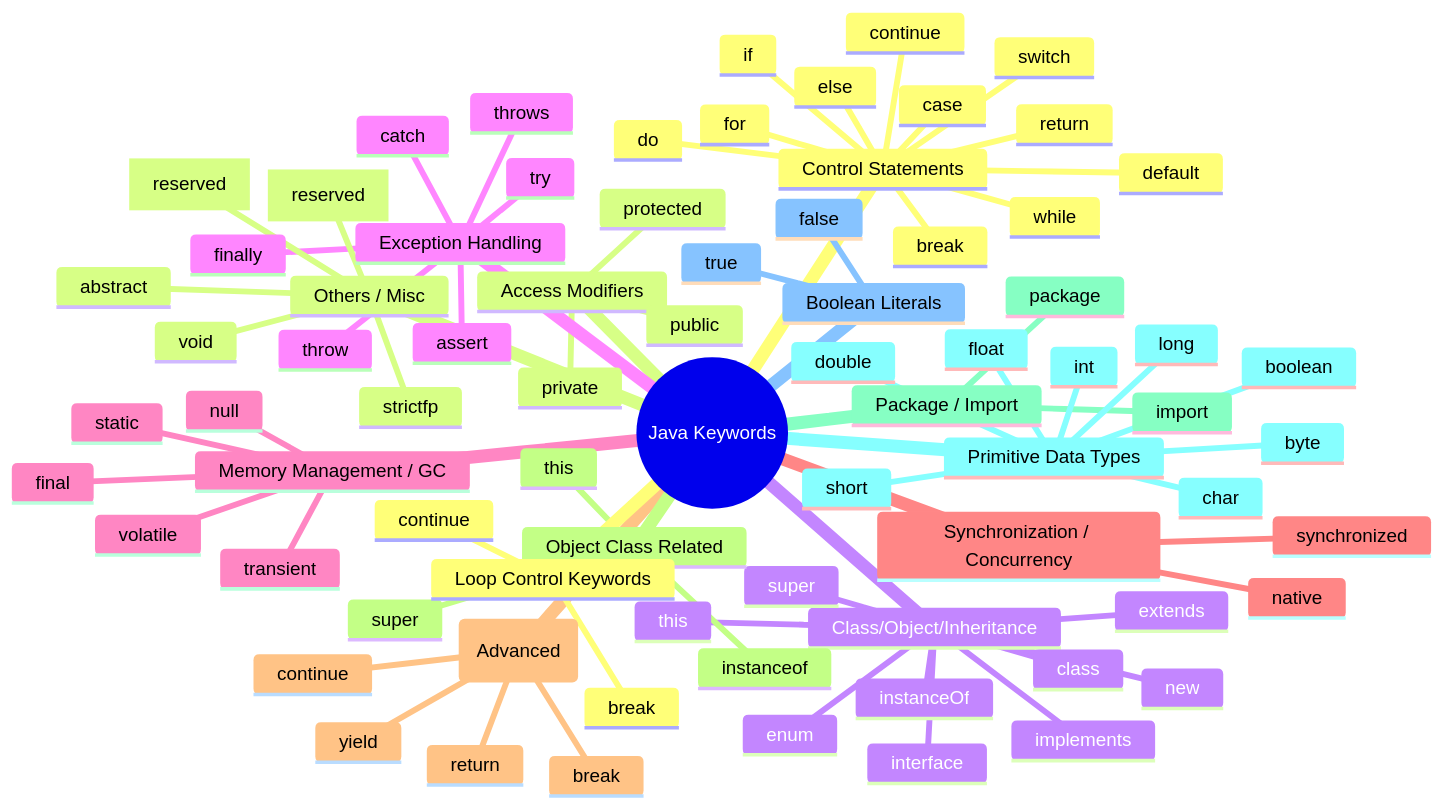
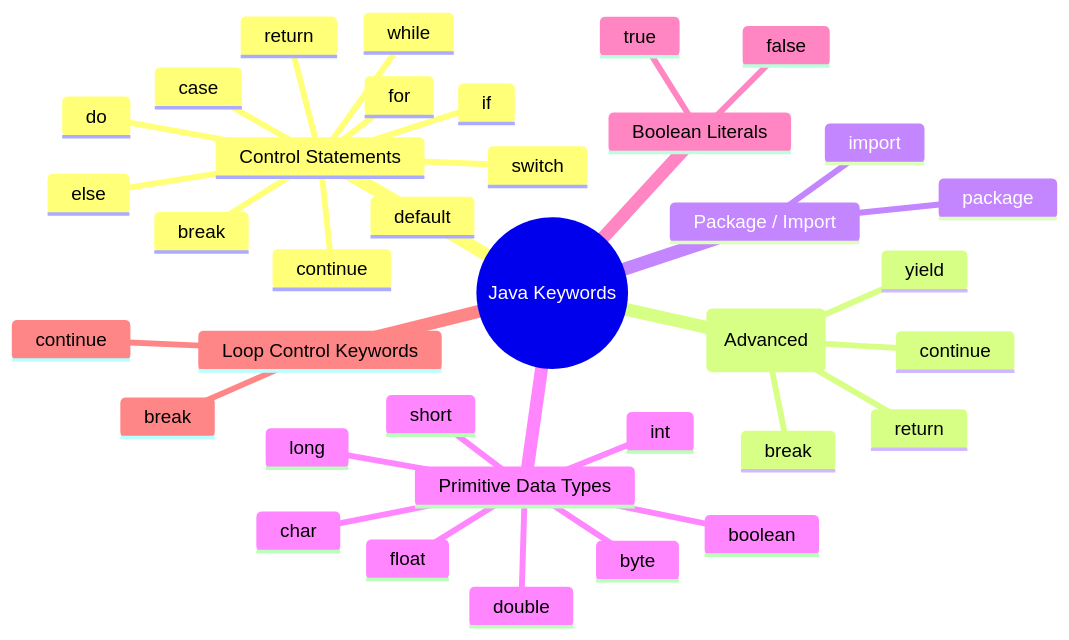
One commit to chanduujjina/JSE_Practice_2025_B1 changed the diagram in Mindmap.md. Above: the diagram before and after it, drawn with Mermaid.

````diff
--- a/Mindmap.md
+++ b/Mindmap.md
@@ -15,40 +15,7 @@
       continue
       return
 
-    Access Modifiers
-      public
-      private
-      protected
-
-    Class/Object/Inheritance
-      class
-      interface
-      enum
-      extends
-      implements
-      new
-      this
-      super
-      instanceOf
-
-    Exception Handling
-      try
-      catch
-      finally
-      throw
-      throws
-      assert
-
-    Memory Management / GC
-      null
-      final
-      static
-      transient
-      volatile
-
-    Synchronization / Concurrency
-      synchronized
-      native
+   
 
     Flow Control (Advanced)
       return
@@ -56,10 +23,7 @@
       break
       continue
 
-    Object Class Related
-      this
-      super
-      instanceof
+
 
     Package / Import
       package
@@ -83,10 +47,5 @@
       break
       continue
 
-    Others / Misc
-      void
-      abstract
-      strictfp
-      const [reserved]
-      goto [reserved]
+ 
 ```
````
